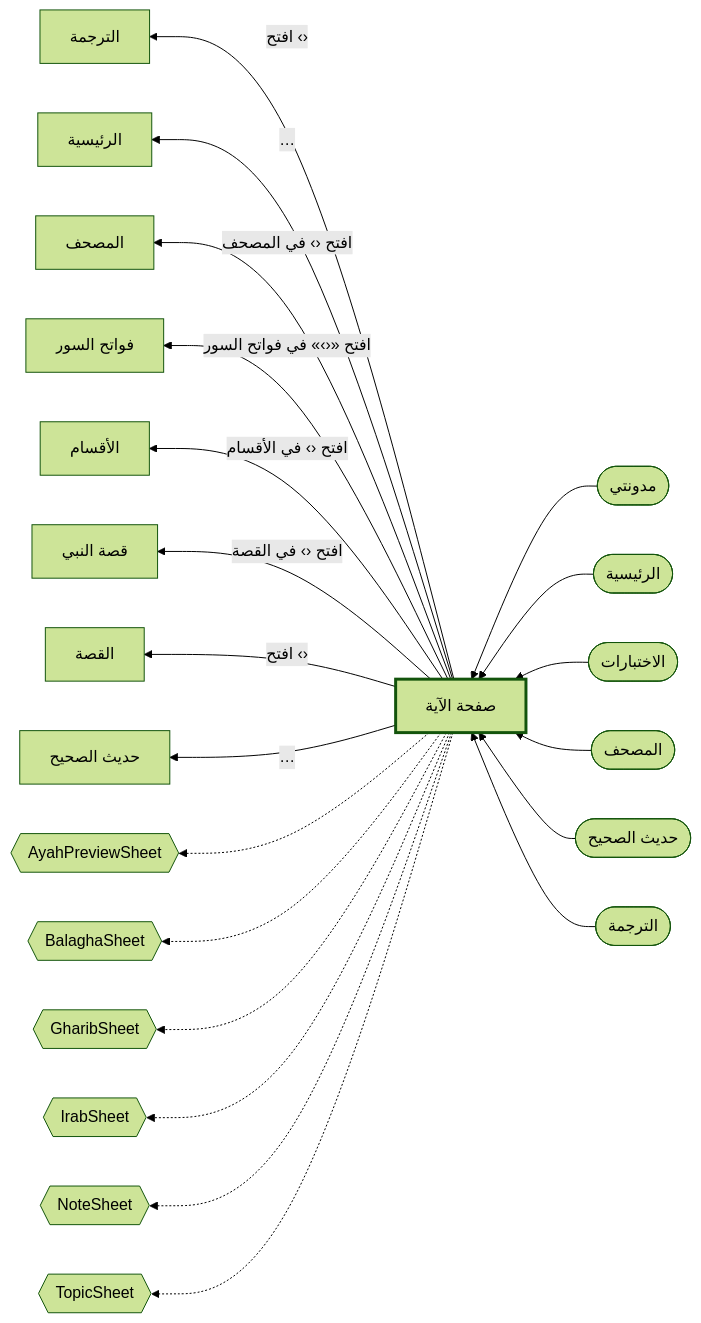
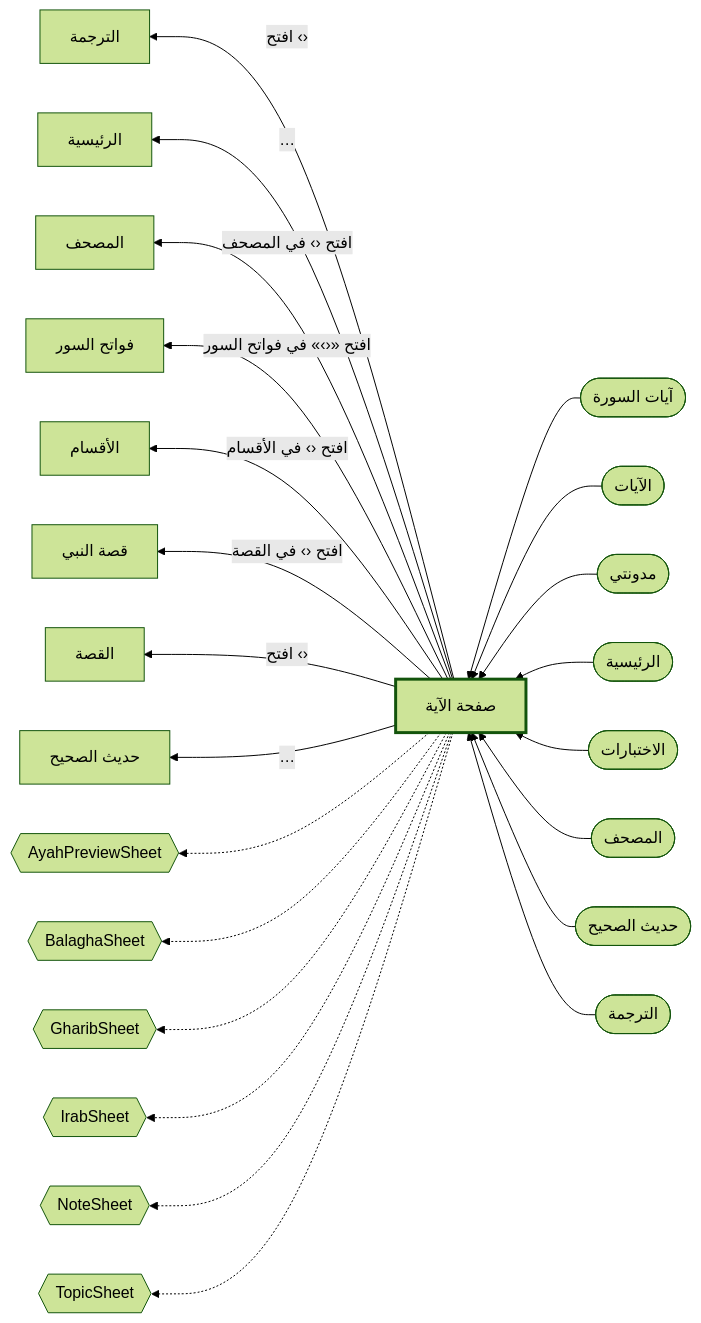
The diagram in docs/feature-map/ayah.md (msskzx/namaq), drawn with Mermaid (forest theme) before and after one commit. The commit also changed other lines of this file and 32 other files, not shown here.

````diff
--- a/docs/feature-map/ayah.md
+++ b/docs/feature-map/ayah.md
@@ -5,25 +5,27 @@
 ```mermaid
 flowchart RL
   me["صفحة الآية"]
   style me stroke-width:3px
-  in0(["مدونتي"]) --> me
-  in1(["الرئيسية"]) --> me
-  in2(["الاختبارات"]) --> me
-  in3(["المصحف"]) --> me
-  in4(["حديث الصحيح"]) --> me
-  in5(["الترجمة"]) --> me
+  in0(["آيات السورة"]) --> me
+  in1(["الآيات"]) --> me
+  in2(["مدونتي"]) --> me
+  in3(["الرئيسية"]) --> me
+  in4(["الاختبارات"]) --> me
+  in5(["المصحف"]) --> me
+  in6(["حديث الصحيح"]) --> me
+  in7(["الترجمة"]) --> me
   me -- "افتح ‹›" --> out0["الترجمة"]
   me -- "…" --> out1["الرئيسية"]
   me -- "افتح ‹› في المصحف" --> out2["المصحف"]
   me -- "افتح «‹›» في فواتح السور" --> out3["فواتح السور"]
   me -- "افتح ‹› في الأقسام" --> out4["الأقسام"]
   me -- "افتح ‹› في القصة" --> out5["قصة النبي"]
   me -- "افتح ‹›" --> out6["القصة"]
   me -- "…" --> out7["حديث الصحيح"]
   me -.-> sheet0{{"AyahPreviewSheet"}}
   me -.-> sheet1{{"BalaghaSheet"}}
   me -.-> sheet2{{"GharibSheet"}}
   me -.-> sheet3{{"IrabSheet"}}
   me -.-> sheet4{{"NoteSheet"}}
   me -.-> sheet5{{"TopicSheet"}}
 ```
````
